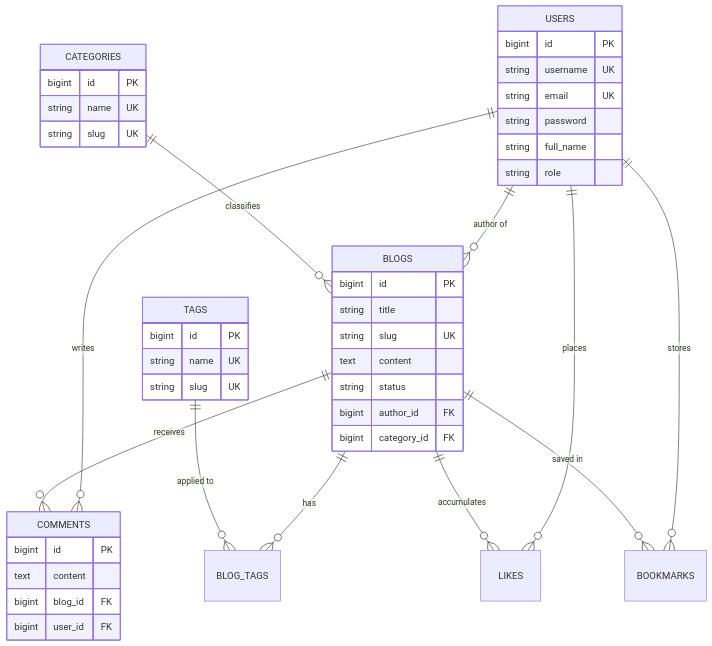
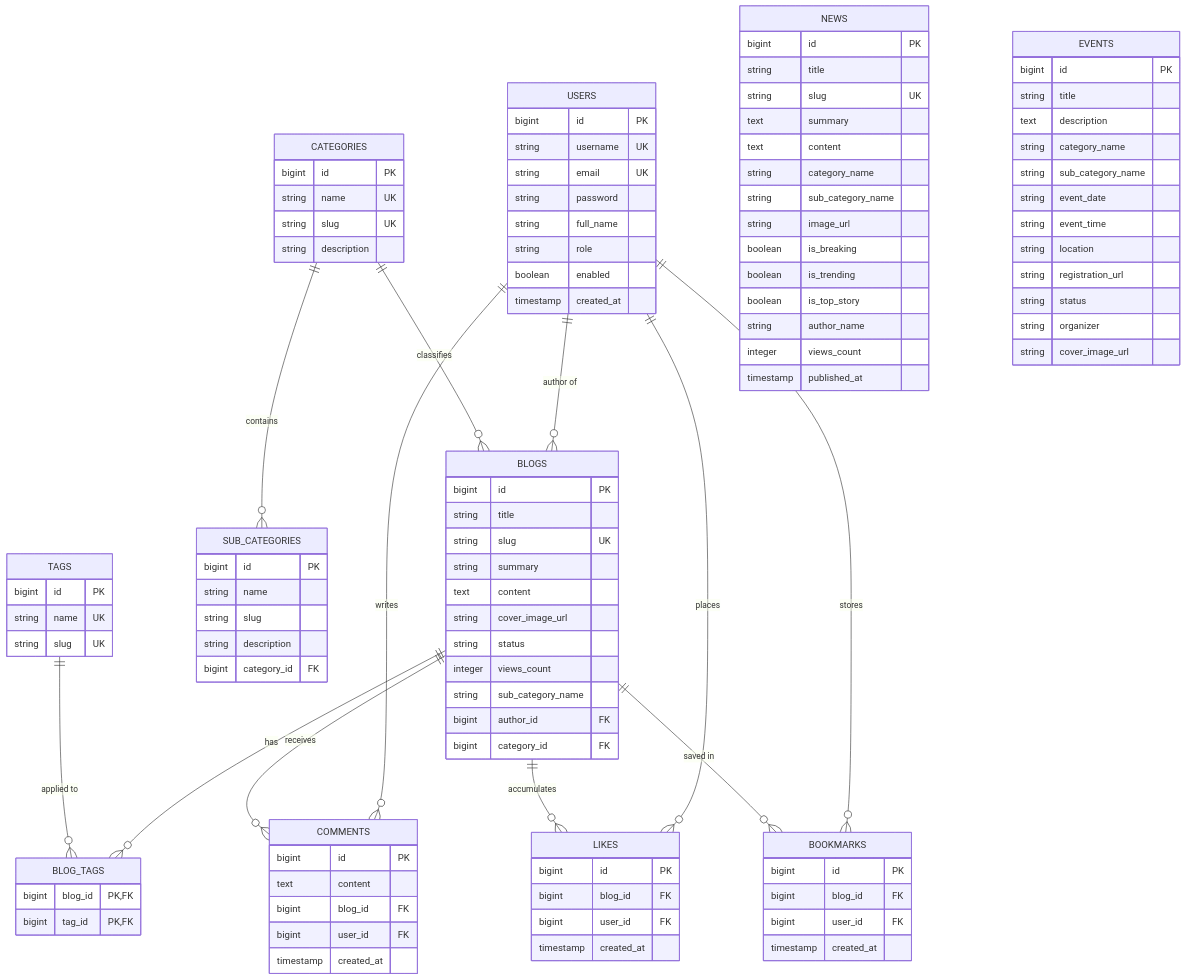
Before and after one commit to ravi2007415-eng/Blogging-Content-Publishing-Platform: the diagram in docs/diagrams/er_diagram.md, drawn with Mermaid. The commit also changed 37 other files, not shown here.

Commit message:
feat(first-review): complete first review requirements and diagrams alignment

````diff
--- a/docs/diagrams/er_diagram.md
+++ b/docs/diagrams/er_diagram.md
@@ -7,6 +7,7 @@
     USERS ||--o{ LIKES : "places"
     USERS ||--o{ BOOKMARKS : "stores"
 
+    CATEGORIES ||--o{ SUB_CATEGORIES : "contains"
     CATEGORIES ||--o{ BLOGS : "classifies"
 
     BLOGS ||--o{ BLOG_TAGS : "has"
@@ -23,20 +24,35 @@
         string password
         string full_name
         string role
+        boolean enabled
+        timestamp created_at
     }
 
     CATEGORIES {
         bigint id PK
         string name UK
         string slug UK
+        string description
+    }
+
+    SUB_CATEGORIES {
+        bigint id PK
+        string name
+        string slug
+        string description
+        bigint category_id FK
     }
 
     BLOGS {
         bigint id PK
         string title
         string slug UK
+        string summary
         text content
+        string cover_image_url
         string status
+        integer views_count
+        string sub_category_name
         bigint author_id FK
         bigint category_id FK
     }
@@ -47,10 +63,62 @@
         string slug UK
     }
 
+    BLOG_TAGS {
+        bigint blog_id PK, FK
+        bigint tag_id PK, FK
+    }
+
     COMMENTS {
         bigint id PK
         text content
         bigint blog_id FK
         bigint user_id FK
+        timestamp created_at
+    }
+
+    LIKES {
+        bigint id PK
+        bigint blog_id FK
+        bigint user_id FK
+        timestamp created_at
+    }
+
+    BOOKMARKS {
+        bigint id PK
+        bigint blog_id FK
+        bigint user_id FK
+        timestamp created_at
+    }
+
+    NEWS {
+        bigint id PK
+        string title
+        string slug UK
+        text summary
+        text content
+        string category_name
+        string sub_category_name
+        string image_url
+        boolean is_breaking
+        boolean is_trending
+        boolean is_top_story
+        string author_name
+        integer views_count
+        timestamp published_at
+    }
+
+    EVENTS {
+        bigint id PK
+        string title
+        text description
+        string category_name
+        string sub_category_name
+        string event_date
+        string event_time
+        string location
+        string registration_url
+        string status
+        string organizer
+        string cover_image_url
     }
 ```
````
